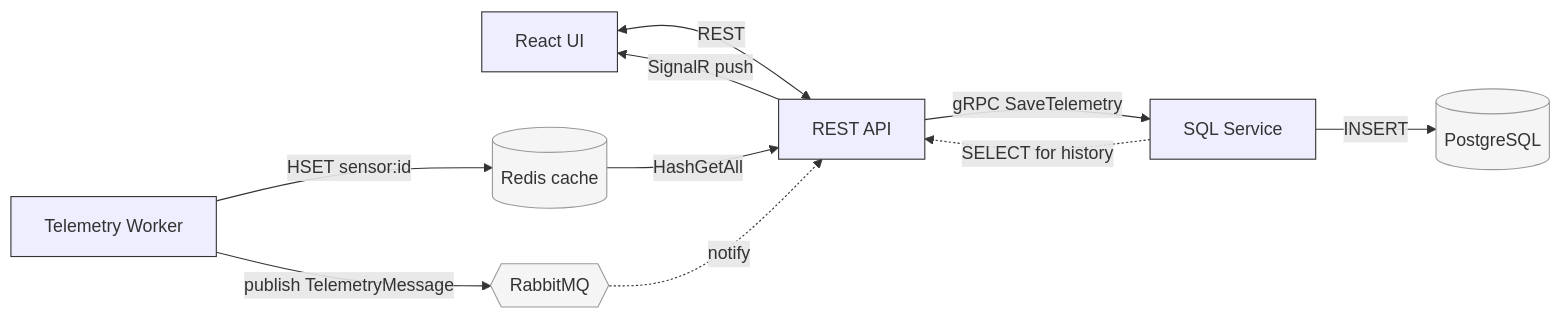
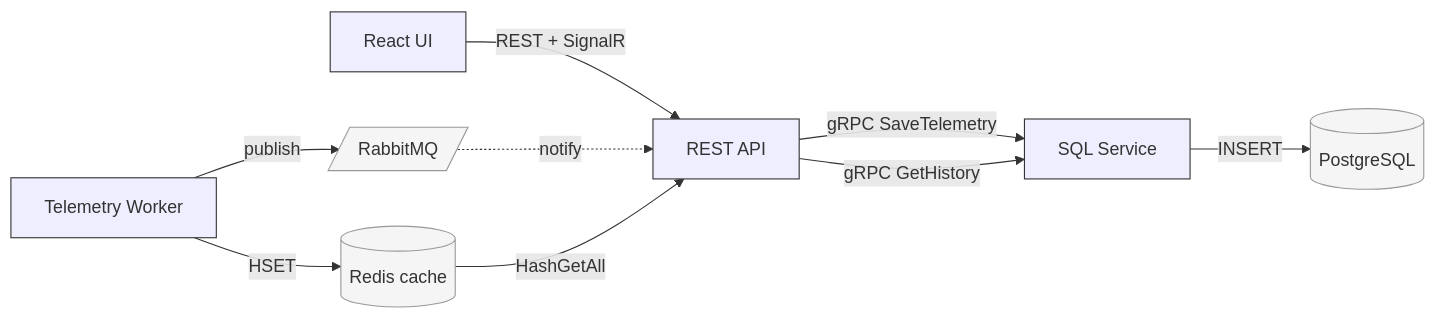
The diagram in architecture.md (itamarzil12345/landa-telemetry), drawn with Mermaid before and after one commit. The commit also changed other lines of this file, not shown here.

````diff
--- a/architecture.md
+++ b/architecture.md
@@ -152,25 +175,24 @@
 ```mermaid
-flowchart LR
+graph LR
     UI[React UI]
     REST[REST API]
     SQL[SQL Service]
     IOT[Telemetry Worker]
     Redis[(Redis cache)]
-    Rabbit{{RabbitMQ}}
+    Rabbit[/RabbitMQ/]
     DB[(PostgreSQL)]
 
-    UI <-->|REST| REST
-    REST -->|SignalR push| UI
-    IOT -->|HSET sensor:id| Redis
-    IOT -->|publish TelemetryMessage| Rabbit
+    UI -->|REST + SignalR| REST
+    IOT -->|HSET| Redis
+    IOT -->|publish| Rabbit
     Rabbit -.->|notify| REST
     Redis -->|HashGetAll| REST
     REST -->|gRPC SaveTelemetry| SQL
     SQL -->|INSERT| DB
-    SQL -.->|SELECT for history| REST
+    REST -->|gRPC GetHistory| SQL
 
-    classDef infra fill:#f5f5f5,stroke:#999,stroke-width:1px;
-    class Redis,Rabbit,DB infra;
-    classDef service fill:#eef,stroke:#333,stroke-width:1px;
-    class UI,REST,SQL,IOT service;
+    classDef infra fill:#f5f5f5,stroke:#999,stroke-width:1px
+    classDef service fill:#eef,stroke:#333,stroke-width:1px
+    class Redis,Rabbit,DB infra
+    class UI,REST,SQL,IOT service
 ```
````
